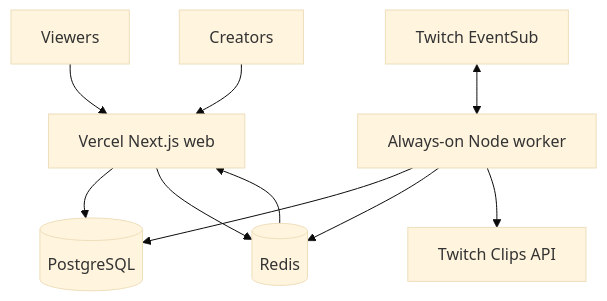
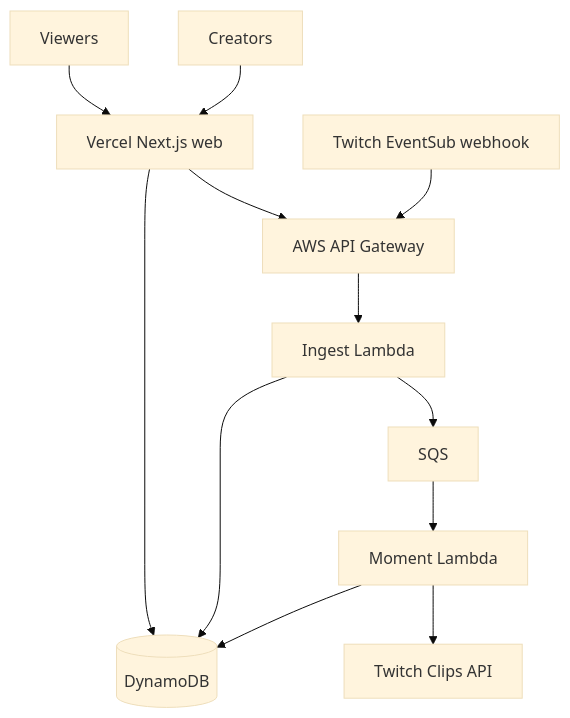
The second of 2 diagrams in docs/ARCHITECTURE.md (joboyebisi/CrowdPulseAI), drawn with Mermaid (base theme) before and after one commit. The commit also changed other lines of this file and 30 other files, not shown here.

Commit message:
feat: add match rooms and AWS event foundation

````diff
--- a/docs/ARCHITECTURE.md
+++ b/docs/ARCHITECTURE.md
@@ -17,12 +17,14 @@
 ```mermaid
 flowchart TB
     Viewers --> Web[Vercel Next.js web]
     Creators --> Web
-    Web --> Postgres[(PostgreSQL)]
-    Web --> Redis[(Redis)]
-    Twitch[Twitch EventSub] <--> Worker[Always-on Node worker]
-    Worker --> Postgres
-    Worker --> Redis
+    Web --> API[AWS API Gateway]
+    Twitch[Twitch EventSub webhook] --> API
+    API --> Ingest[Ingest Lambda]
+    Ingest --> Queue[SQS]
+    Queue --> Worker[Moment Lambda]
+    Web --> Dynamo[(DynamoDB)]
+    Ingest --> Dynamo
+    Worker --> Dynamo
     Worker --> Clips[Twitch Clips API]
-    Redis --> Web
 ```
````
